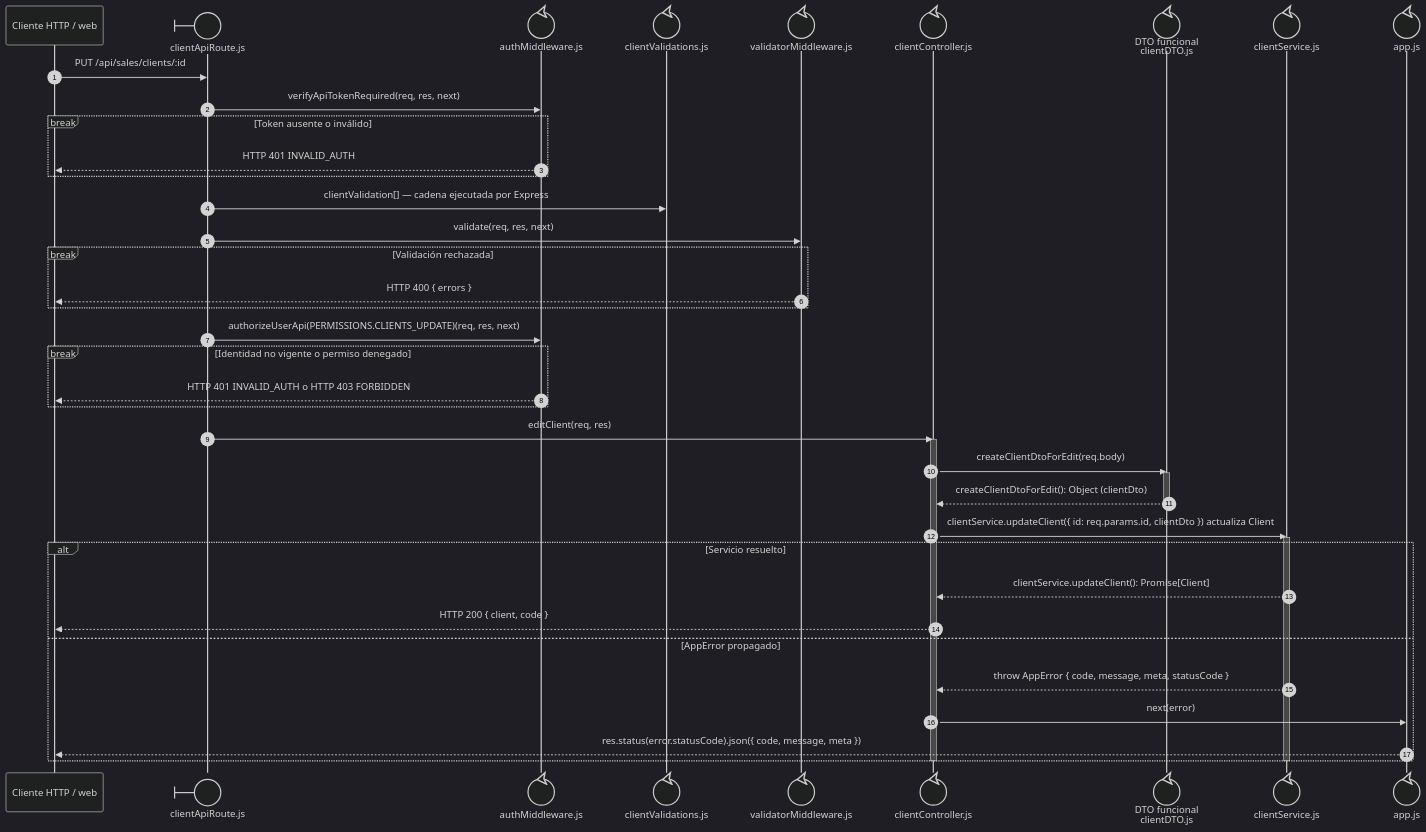
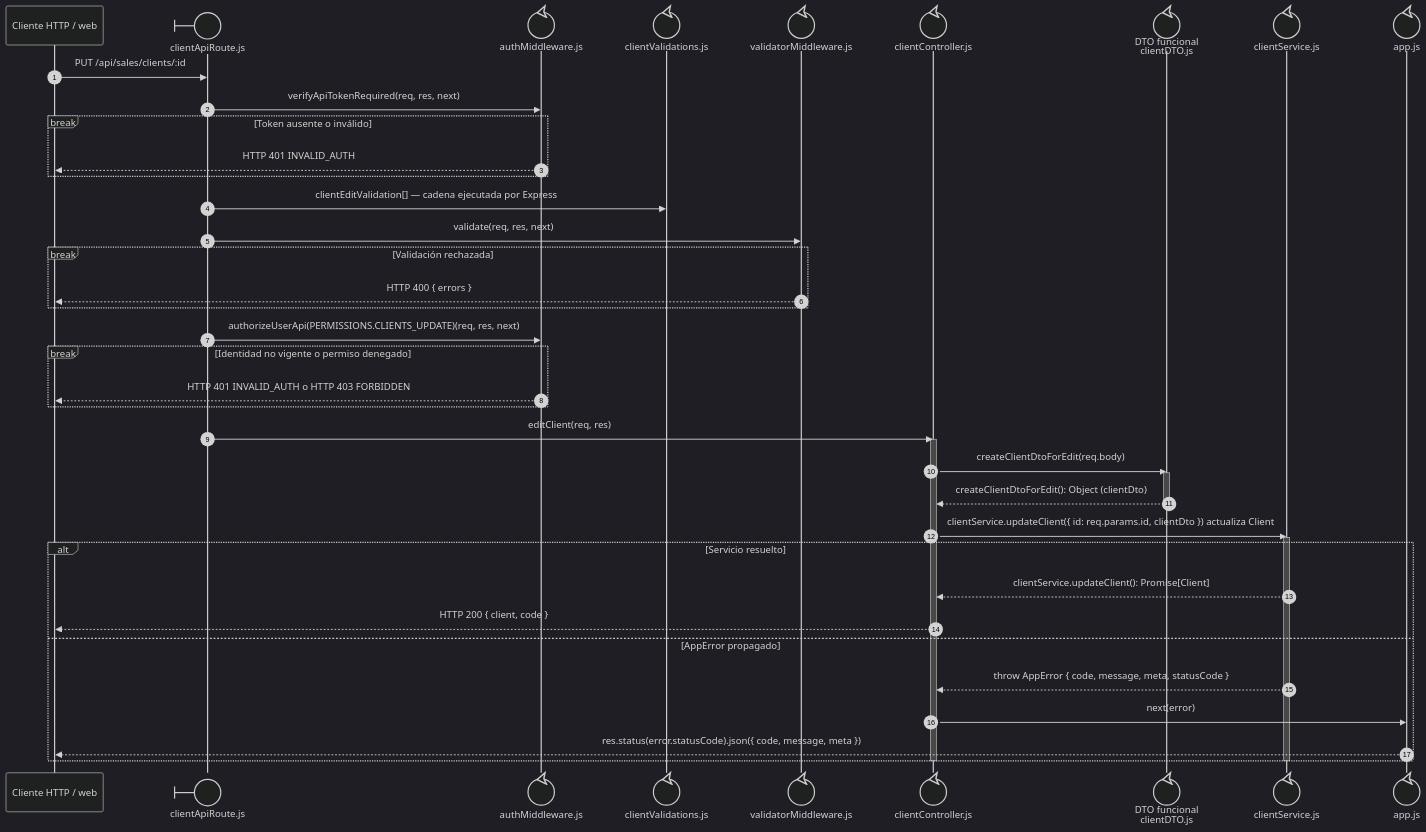
Before and after one commit to gpgsistemas01/nexus: the diagram in docs/architecture/views/processes/backend-code-sequences/catalogs/cu-cat-07.md, drawn with Mermaid (dark theme). The commit also changed 192 other files, not shown here.

````diff
--- a/docs/architecture/views/processes/backend-code-sequences/catalogs/cu-cat-07.md
+++ b/docs/architecture/views/processes/backend-code-sequences/catalogs/cu-cat-07.md
@@ -28,46 +28,46 @@
 ```mermaid
 sequenceDiagram
     autonumber
     participant Client as Cliente HTTP / web
     participant Route@{ "type": "boundary" } as clientApiRoute.js
     participant Auth@{ "type": "control" } as authMiddleware.js
     participant ValidationRules@{ "type": "control" } as clientValidations.js
     participant Validator@{ "type": "control" } as validatorMiddleware.js
     participant Controller@{ "type": "control" } as clientController.js
     participant ClientDto@{ "type": "control" } as DTO funcional<br/>clientDTO.js
     participant Domain@{ "type": "control" } as clientService.js
     participant ErrorHandler@{ "type": "control" } as app.js
 
     Client->>Route: PUT /api/sales/clients/:id
     Route->>Auth: verifyApiTokenRequired(req, res, next)
     break Token ausente o inválido
         Auth-->>Client: HTTP 401 INVALID_AUTH
     end
-    Route->>ValidationRules: clientValidation[] — cadena ejecutada por Express
+    Route->>ValidationRules: clientEditValidation[] — cadena ejecutada por Express
     Route->>Validator: validate(req, res, next)
     break Validación rechazada
         Validator-->>Client: HTTP 400 { errors }
     end
     Route->>Auth: authorizeUserApi(PERMISSIONS.CLIENTS_UPDATE)(req, res, next)
     break Identidad no vigente o permiso denegado
         Auth-->>Client: HTTP 401 INVALID_AUTH o HTTP 403 FORBIDDEN
     end
     Route->>Controller: editClient(req, res)
     activate Controller
     Controller->>ClientDto: createClientDtoForEdit(req.body)
     activate ClientDto
     ClientDto-->>Controller: createClientDtoForEdit(): Object (clientDto)
     deactivate ClientDto
     Controller->>Domain: clientService.updateClient({ id: req.params.id, clientDto }) actualiza Client
     activate Domain
     alt Servicio resuelto
         Domain-->>Controller: clientService.updateClient(): Promise[Client]
         Controller-->>Client: HTTP 200 { client, code }
     else AppError propagado
         Domain-->>Controller: throw AppError { code, message, meta, statusCode }
         Controller->>ErrorHandler: next(error)
         ErrorHandler-->>Client: res.status(error.statusCode).json({ code, message, meta })
     end
     deactivate Domain
     deactivate Controller
 ```
````
